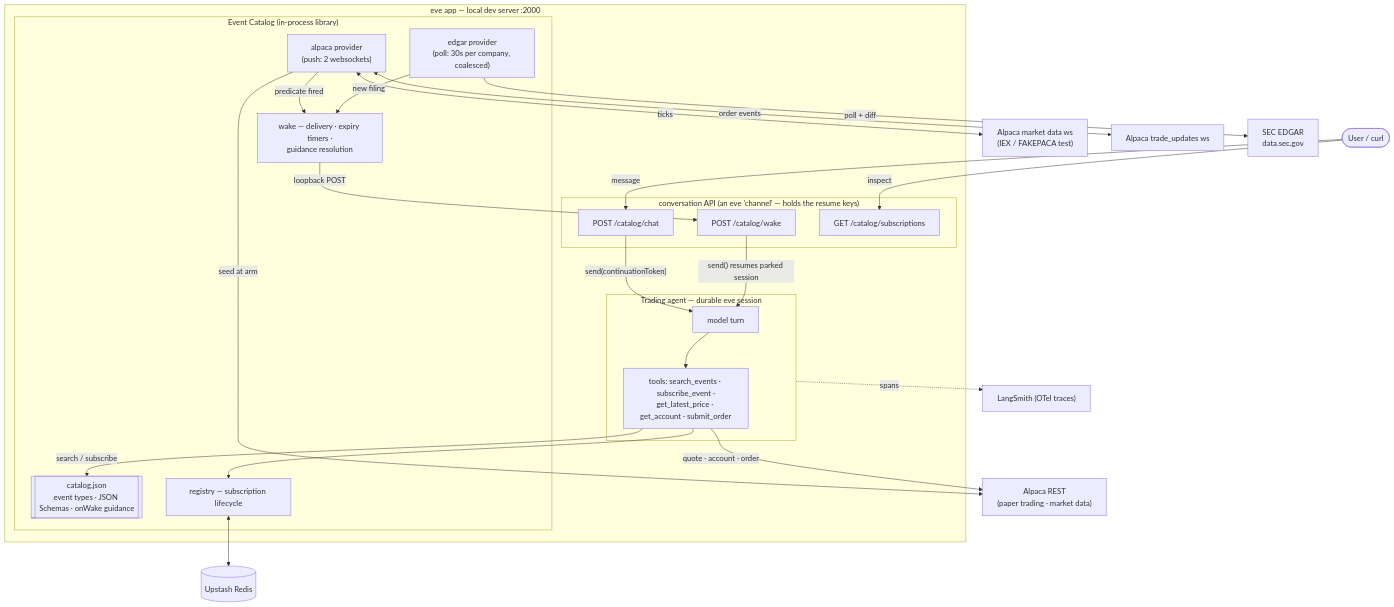
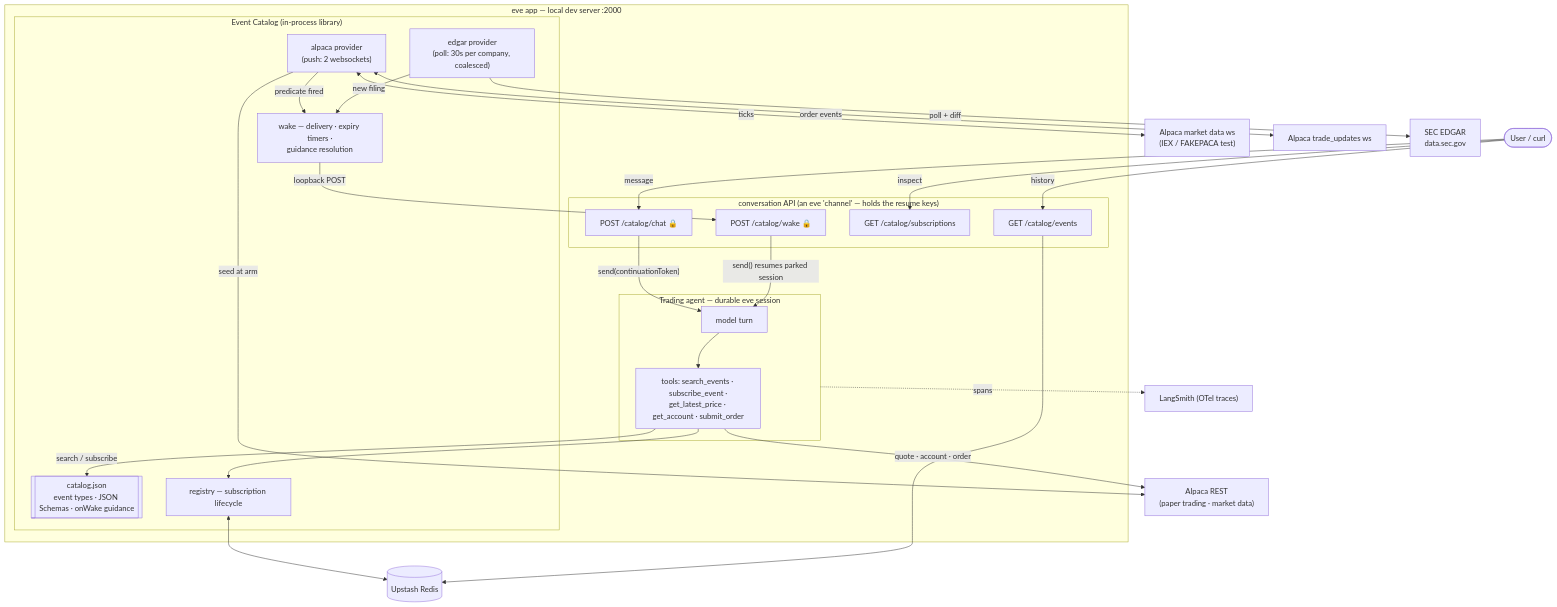
Before and after one commit to pcomans/eve-event-catalog: the second of 4 diagrams in docs/architecture.md, drawn with Mermaid. The commit also changed other lines of this file and 22 other files, not shown here.

First line of the commit message:
Phase 1: delivery backbone — cloud-safe wake semantics, event history, route auth

````diff
--- a/docs/architecture.md
+++ b/docs/architecture.md
@@ -58,50 +58,53 @@
 ```mermaid
 flowchart TB
     User(["User / curl"])
 
     subgraph app["eve app — local dev server :2000"]
         subgraph channel["conversation API (an eve 'channel' — holds the resume keys)"]
-            CHAT["POST /catalog/chat"]
-            WAKE["POST /catalog/wake"]
+            CHAT["POST /catalog/chat 🔒"]
+            WAKE["POST /catalog/wake 🔒"]
             SUBS["GET /catalog/subscriptions"]
+            EVTS["GET /catalog/events"]
         end
 
         subgraph agent["Trading agent — durable eve session"]
             LLM["model turn"]
             TOOLS["tools: search_events · subscribe_event ·<br/>get_latest_price · get_account · submit_order"]
         end
 
         subgraph catalog["Event Catalog (in-process library)"]
             CJ[["catalog.json<br/>event types · JSON Schemas · onWake guidance"]]
             REG["registry — subscription lifecycle"]
             WK["wake — delivery · expiry timers ·<br/>guidance resolution"]
             ALP["alpaca provider<br/>(push: 2 websockets)"]
             EDG["edgar provider<br/>(poll: 30s per company, coalesced)"]
         end
     end
 
     REDIS[("Upstash Redis")]
     MDATA["Alpaca market data ws<br/>(IEX / FAKEPACA test)"]
     TUPD["Alpaca trade_updates ws"]
     AREST["Alpaca REST<br/>(paper trading · market data)"]
     SEC["SEC EDGAR<br/>data.sec.gov"]
     LS["LangSmith (OTel traces)"]
 
     User -->|"message"| CHAT
     CHAT -->|"send(continuationToken)"| LLM
     LLM --> TOOLS
     TOOLS -->|"search / subscribe"| CJ
     TOOLS --> REG
     TOOLS -->|"quote · account · order"| AREST
     REG <--> REDIS
     ALP <-->|ticks| MDATA
     ALP <-->|"order events"| TUPD
     ALP -->|"seed at arm"| AREST
     EDG -->|"poll + diff"| SEC
     ALP -->|"predicate fired"| WK
     EDG -->|"new filing"| WK
     WK -->|"loopback POST"| WAKE
     WAKE -->|"send() resumes parked session"| LLM
     agent -.->|"spans"| LS
     User -->|"inspect"| SUBS
+    User -->|"history"| EVTS
+    EVTS --> REDIS
 ```
````
